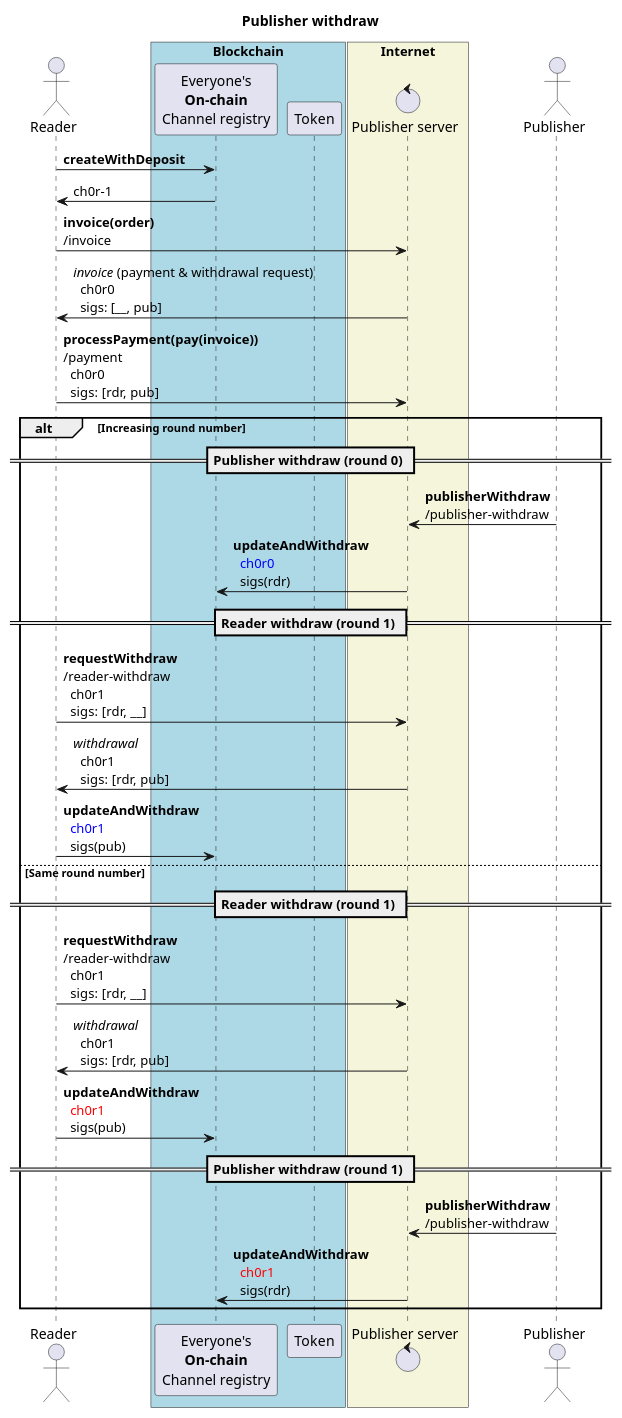
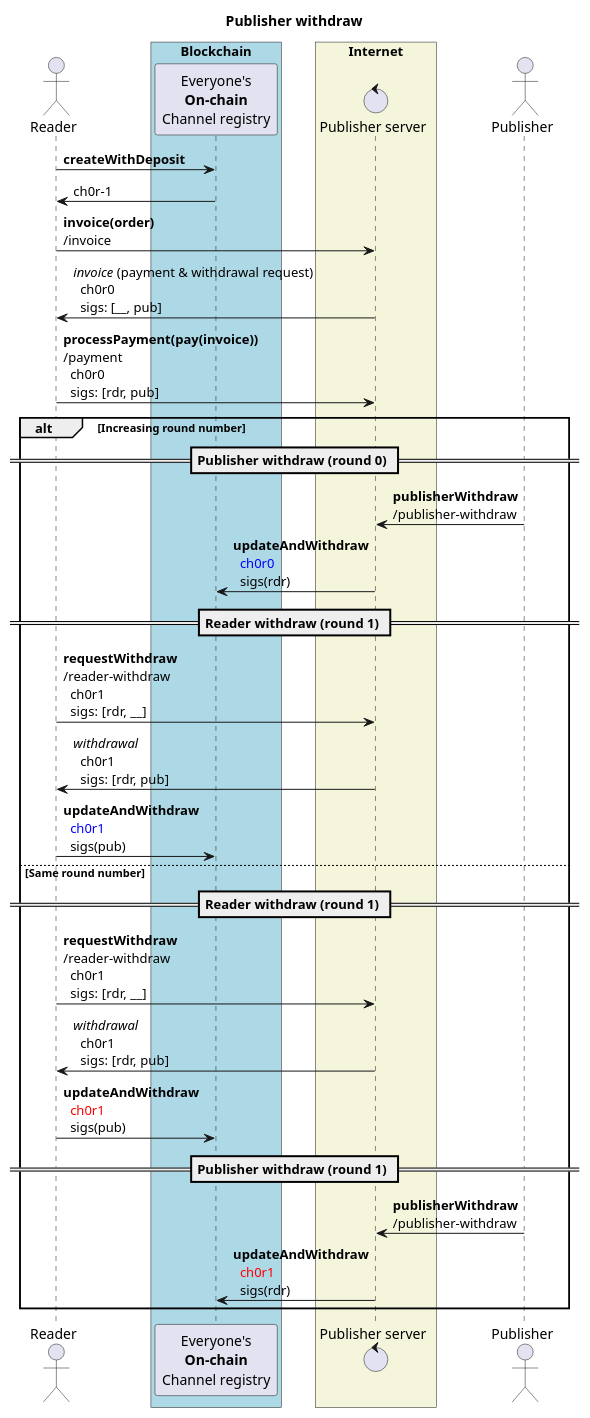
Before and after one commit to enumatech/sprites: the diagram in diagrams/withdraw.puml, drawn with PlantUML. The commit also changed 7 other files, not shown here.

```diff
--- a/diagrams/withdraw.puml
+++ b/diagrams/withdraw.puml
@@ -1,41 +1,41 @@
 @startuml
 title Publisher withdraw
 
 actor Reader as rdr
 'database "Reader's\n**Off-chain**\nChannel DB" as rdrDB
 
 box "Blockchain" #lightblue
     participant "Everyone's\n**On-chain**\nChannel registry" as reg
-    participant "Token" as token
+'    participant "Token" as token
 end box
 
 box "Internet" #beige
     control "Publisher server" as srv
 end box
 
 'database "Publisher's\n**Off-chain**\nChannel DB" as dbB
 actor Publisher as pub
 
 rdr -> reg: **createWithDeposit**
 reg -> rdr: ch0r-1
 rdr -> srv: **invoice(order)**\n/invoice
 srv -> rdr: //invoice// (payment & withdrawal request)\n  ch0r0\n  sigs: [__, pub]
 rdr -> srv: **processPayment(pay(invoice))**\n/payment\n  ch0r0\n  sigs: [rdr, pub]
 alt Increasing round number
     == Publisher withdraw (round 0) ==
     pub -> srv: **publisherWithdraw**\n/publisher-withdraw
     srv -> reg: **updateAndWithdraw**\n  <color blue>ch0r0</color>\n  sigs(rdr)
     == Reader withdraw (round 1) ==
     rdr -> srv: **requestWithdraw**\n/reader-withdraw\n  ch0r1\n  sigs: [rdr, __]
     srv -> rdr: //withdrawal//\n  ch0r1\n  sigs: [rdr, pub]
     rdr -> reg: **updateAndWithdraw**\n  <color blue>ch0r1</color>\n  sigs(pub)
 else Same round number
     == Reader withdraw (round 1) ==
     rdr -> srv: **requestWithdraw**\n/reader-withdraw\n  ch0r1\n  sigs: [rdr, __]
     srv -> rdr: //withdrawal//\n  ch0r1\n  sigs: [rdr, pub]
     rdr -> reg: **updateAndWithdraw**\n  <color red>ch0r1</color>\n  sigs(pub)
     == Publisher withdraw (round 1) ==
     pub -> srv: **publisherWithdraw**\n/publisher-withdraw
     srv -> reg: **updateAndWithdraw**\n  <color red>ch0r1</color>\n  sigs(rdr)
 end
 @enduml
```
